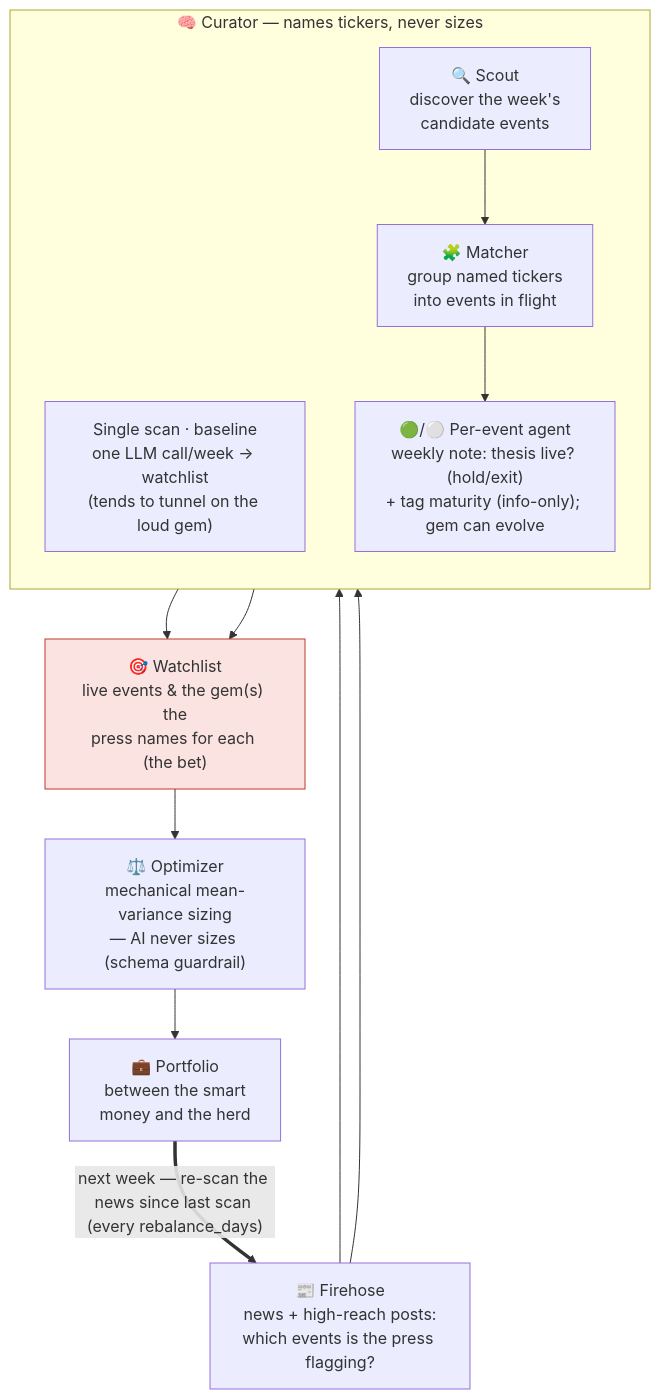
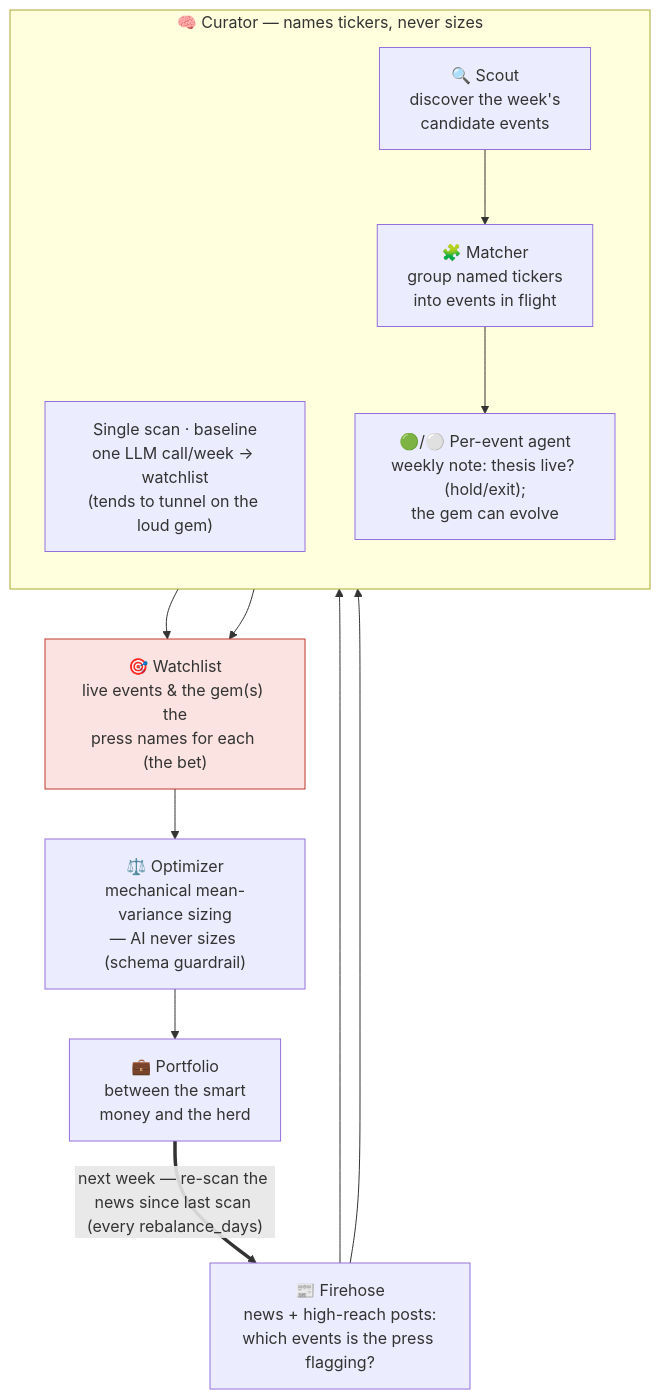
The diagram in README.md (joehahn/geo-herd-rider), drawn with Mermaid before and after one commit. The commit also changed other lines of this file and 9 other files, not shown here.

First line of the commit message:
Strip the maturity tag from the pipeline (it was read by nothing)

````diff
--- a/README.md
+++ b/README.md
@@ -22,27 +22,27 @@
 ```mermaid
 flowchart TD
     S["📰 Firehose<br/>news + high-reach posts:<br/>which events is the press flagging?"]
 
     subgraph CUR["🧠 Curator — names tickers, never sizes"]
       direction TB
       SS["Single scan · baseline<br/>one LLM call/week → watchlist<br/>(tends to tunnel on the loud gem)"]
       SC["🔍 Scout<br/>discover the week's<br/>candidate events"]
       MA["🧩 Matcher<br/>group named tickers<br/>into events in flight"]
-      AG["🟢/⚪ Per-event agent<br/>weekly note: thesis live? (hold/exit)<br/>+ tag maturity (info-only); gem can evolve"]
+      AG["🟢/⚪ Per-event agent<br/>weekly note: thesis live? (hold/exit);<br/>the gem can evolve"]
       SC --> MA --> AG
     end
 
     E["🎯 Watchlist<br/>live events & the gem(s) the<br/>press names for each (the bet)"]
     W["⚖️ Optimizer<br/>mechanical mean-variance sizing<br/>— AI never sizes (schema guardrail)"]
     B["💼 Portfolio<br/>between the smart<br/>money and the herd"]
 
     S --> SS
     S --> SC
     SS --> E
     AG --> E
     E --> W --> B
     B == "next week — re-scan the news since last scan (every rebalance_days)" ==> S
 
     classDef bet fill:#fae3e0,stroke:#c0392b;
     class E bet
 ```
````
